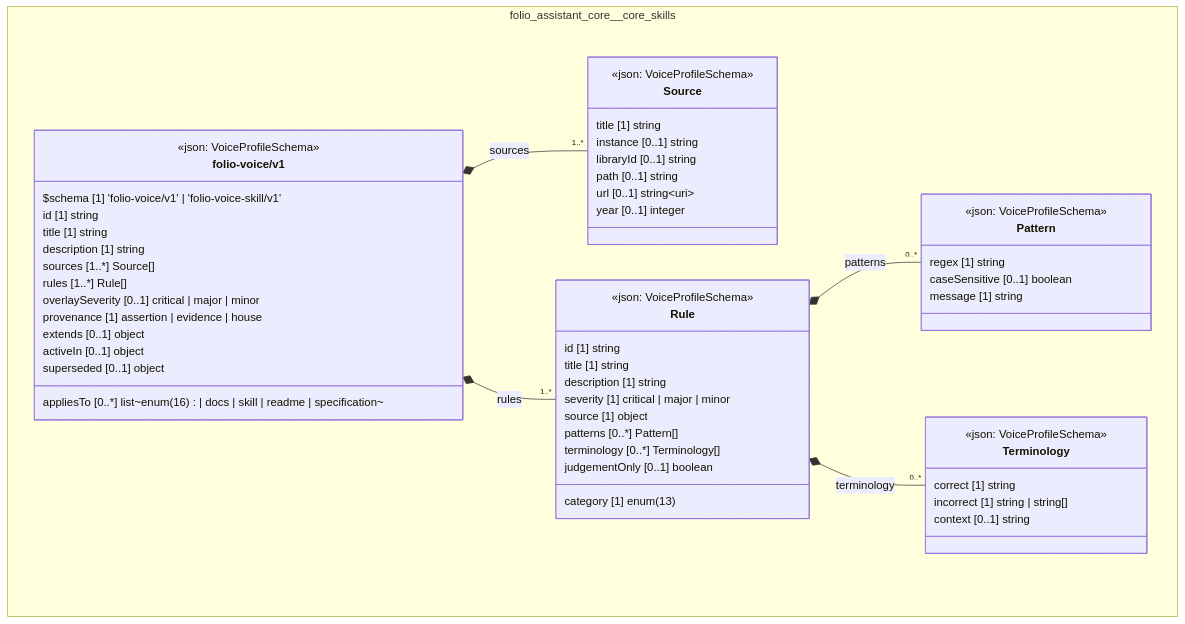
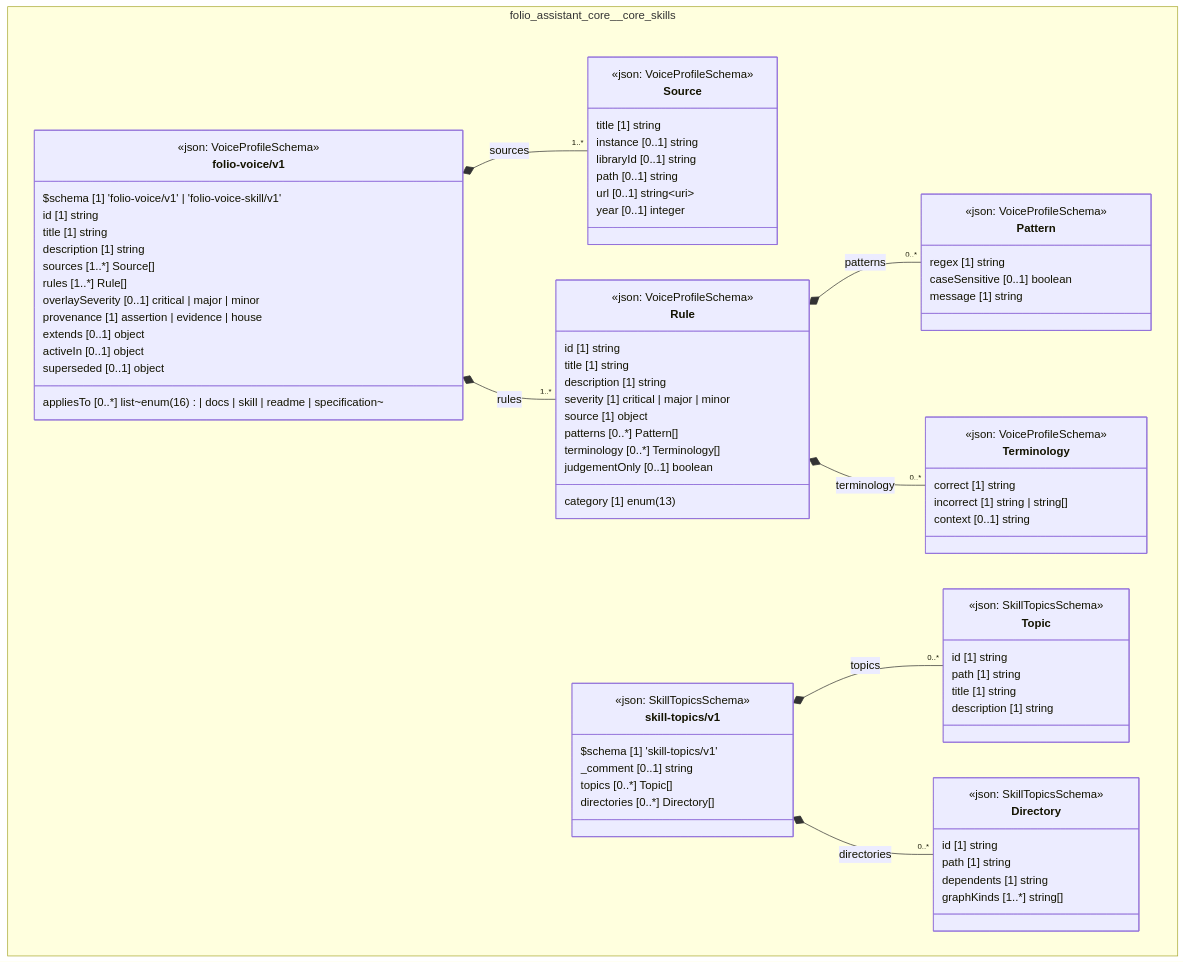
One commit to litlfred/folio-assistant changed the diagram in cat-harness/docs/uml/overview/folio-assistant-core/core-skills.md. Above: the diagram before and after it, drawn with Mermaid. The commit also changed other lines of this file and 93 other files, not shown here.

````diff
--- a/cat-harness/docs/uml/overview/folio-assistant-core/core-skills.md
+++ b/cat-harness/docs/uml/overview/folio-assistant-core/core-skills.md
@@ -91,14 +91,40 @@
       activeIn [0..1] object
       superseded [0..1] object
     }
+    class folio_assistant_core_core_skills_skill_topics_v1_Topic["Topic"] {
+      <<json: SkillTopicsSchema>>
+      id [1] string
+      path [1] string
+      title [1] string
+      description [1] string
+    }
+    class folio_assistant_core_core_skills_skill_topics_v1_Directory["Directory"] {
+      <<json: SkillTopicsSchema>>
+      id [1] string
+      path [1] string
+      dependents [1] string
+      graphKinds [1..*] string[]
+    }
+    class folio_assistant_core_core_skills_skill_topics_v1_skill_topics_v1["skill-topics/v1"] {
+      <<json: SkillTopicsSchema>>
+      $schema [1] 'skill-topics/v1'
+      _comment [0..1] string
+      topics [0..*] Topic[]
+      directories [0..*] Directory[]
+    }
   }
   folio_assistant_core_core_skills_folio_voice_v1_folio_voice_v1 *-- "1..*" folio_assistant_core_core_skills_folio_voice_v1_Source : sources
   folio_assistant_core_core_skills_folio_voice_v1_Rule *-- "0..*" folio_assistant_core_core_skills_folio_voice_v1_Pattern : patterns
   folio_assistant_core_core_skills_folio_voice_v1_Rule *-- "0..*" folio_assistant_core_core_skills_folio_voice_v1_Terminology : terminology
   folio_assistant_core_core_skills_folio_voice_v1_folio_voice_v1 *-- "1..*" folio_assistant_core_core_skills_folio_voice_v1_Rule : rules
+  folio_assistant_core_core_skills_skill_topics_v1_skill_topics_v1 *-- "0..*" folio_assistant_core_core_skills_skill_topics_v1_Topic : topics
+  folio_assistant_core_core_skills_skill_topics_v1_skill_topics_v1 *-- "0..*" folio_assistant_core_core_skills_skill_topics_v1_Directory : directories
   cssClass "folio_assistant_core_core_skills_folio_voice_v1_Source" fa_uml_kind_skills
   cssClass "folio_assistant_core_core_skills_folio_voice_v1_Pattern" fa_uml_kind_skills
   cssClass "folio_assistant_core_core_skills_folio_voice_v1_Terminology" fa_uml_kind_skills
   cssClass "folio_assistant_core_core_skills_folio_voice_v1_Rule" fa_uml_kind_skills
   cssClass "folio_assistant_core_core_skills_folio_voice_v1_folio_voice_v1" fa_uml_kind_skills
+  cssClass "folio_assistant_core_core_skills_skill_topics_v1_Topic" fa_uml_kind_skills
+  cssClass "folio_assistant_core_core_skills_skill_topics_v1_Directory" fa_uml_kind_skills
+  cssClass "folio_assistant_core_core_skills_skill_topics_v1_skill_topics_v1" fa_uml_kind_skills
 ```
````
